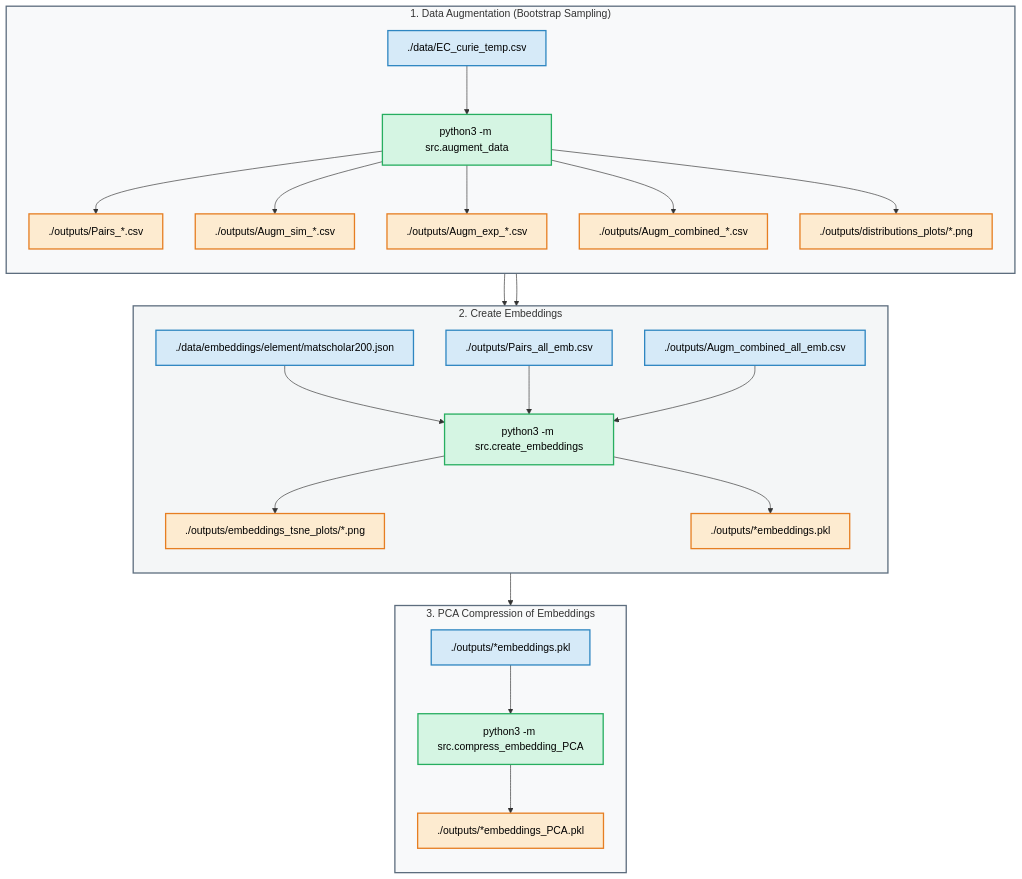
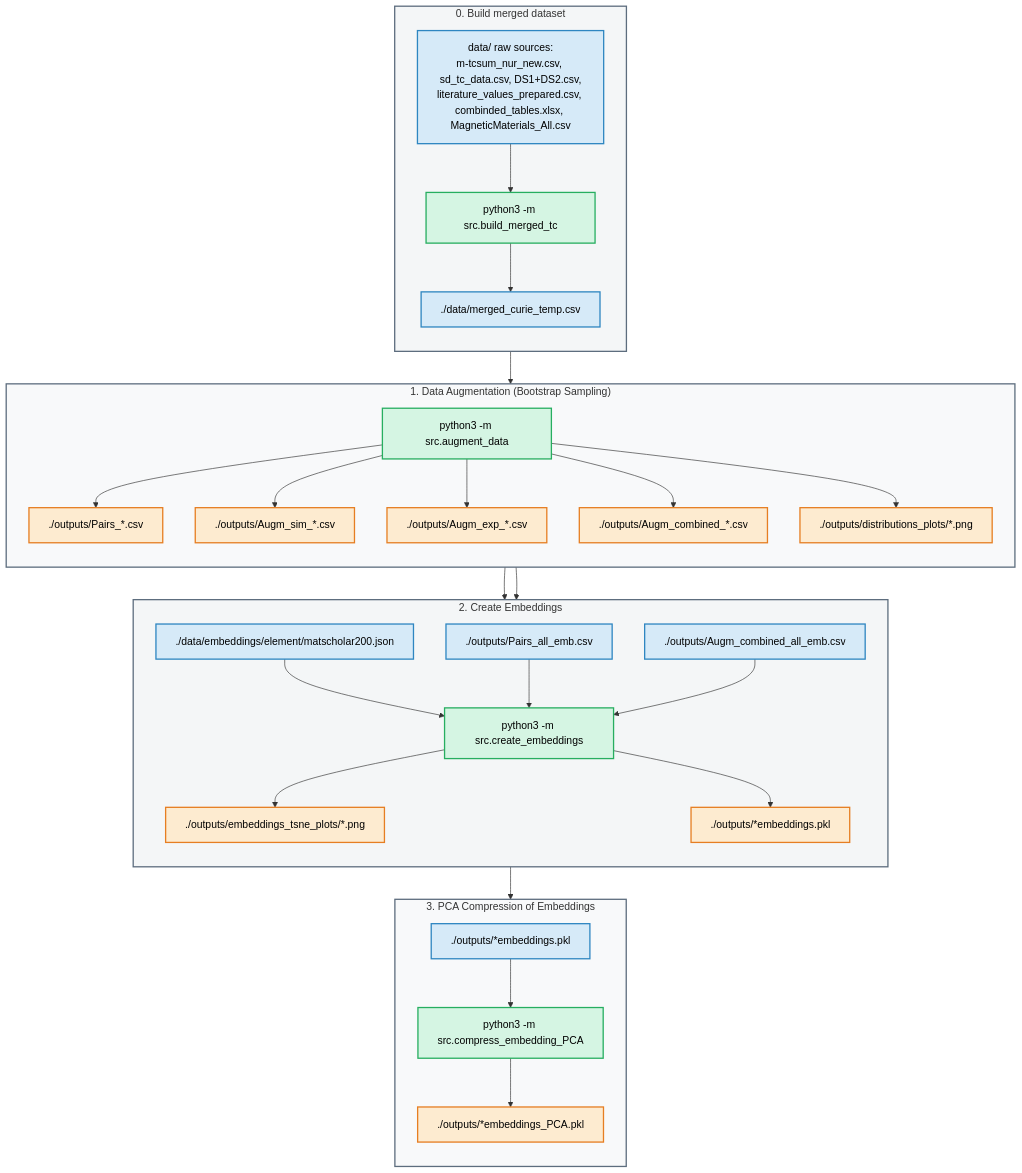
The diagram in experimental-simulation-relations/experimental-simulation-tc/README.md (MaMMoS-project/ML-models), drawn with Mermaid before and after one commit. The commit also changed other lines of this file and 16 other files, not shown here.

```diff
--- a/experimental-simulation-relations/experimental-simulation-tc/README.md
+++ b/experimental-simulation-relations/experimental-simulation-tc/README.md
@@ -25,12 +25,25 @@
 classDef output fill:#FDEBD0,stroke:#E67E22,stroke-width:2px,color:#000;
 
 %% =========================
+%% 0. Build merged dataset (run first if the merged CSV is missing)
+%% =========================
+subgraph cluster_build["0. Build merged dataset"]
+    direction TB
+
+    R0["data/ raw sources:\nm-tcsum_nur_new.csv, sd_tc_data.csv, DS1+DS2.csv,\nliterature_values_prepared.csv, combinded_tables.xlsx, MagneticMaterials_All.csv"]
+    Bb["python3 -m src.build_merged_tc"]
+
+    R0 --> Bb
+    Bb --> A0
+end
+
+%% =========================
 %% 1. Data Augmentation
 %% =========================
 subgraph cluster_0["1. Data Augmentation (Bootstrap Sampling)"]
     direction TB
 
-    A0["./data/EC_curie_temp.csv"]
+    A0["./data/merged_curie_temp.csv"]
     B0["python3 -m src.augment_data"]
 
     A0 --> B0
@@ -86,13 +99,14 @@
 %% =========================
 %% Apply Classes
 %% =========================
-class A0,A1,A2,A3,A4 input;
-class B0,B1,B2 process;
+class A0,A1,A2,A3,A4,R0 input;
+class B0,B1,B2,Bb process;
 class O1,O2,O3,O4,O5,O7,O8,O10 output;
 
 %% =========================
 %% Subgraph Styling
 %% =========================
+style cluster_build fill:#F4F6F7,stroke:#5D6D7E,stroke-width:2px
 style cluster_0 fill:#F8F9FA,stroke:#5D6D7E,stroke-width:2px
 style cluster_1 fill:#F4F6F7,stroke:#5D6D7E,stroke-width:2px
 style cluster_2 fill:#F8F9FA,stroke:#5D6D7E,stroke-width:2px
```
